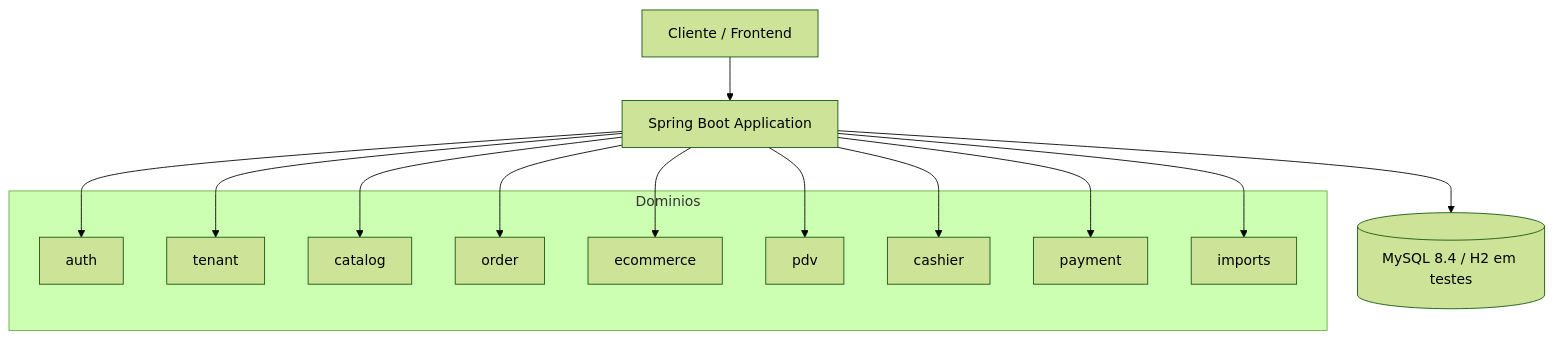
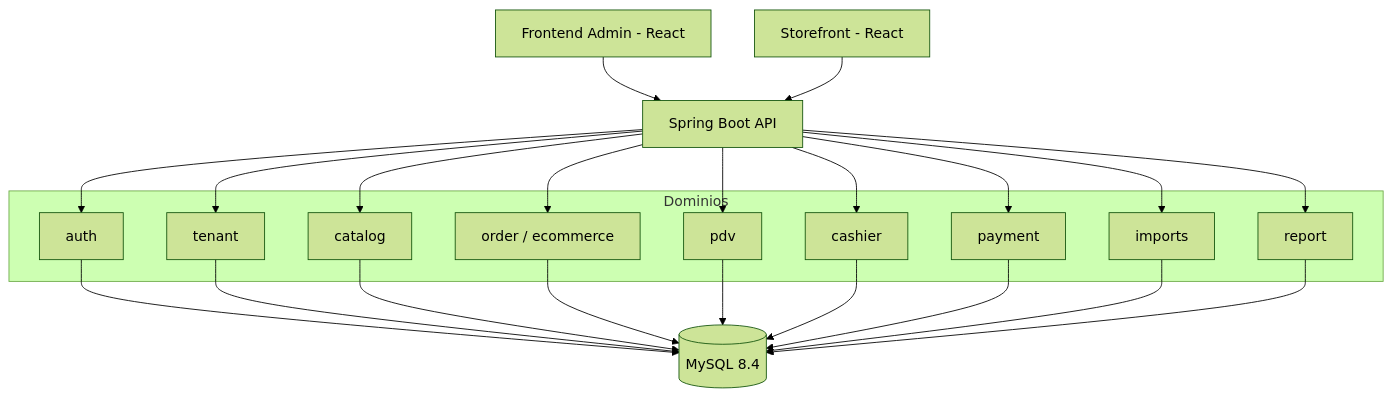
One commit to GabrielSantosv/ProjetoSaaS changed the diagram in README.md. Above: the diagram before and after it, drawn with Mermaid (forest theme). The commit also changed other lines of this file, not shown here.

````diff
--- a/README.md
+++ b/README.md
@@ -23,28 +58,37 @@
 ```mermaid
 graph TD
-    Client[Cliente / Frontend] --> App[Spring Boot Application]
+    Admin[Frontend Admin - React] --> API[Spring Boot API]
+    Store[Storefront - React] --> API
 
     subgraph Dominios
         Auth[auth]
         Tenant[tenant]
         Catalog[catalog]
-        Order[order]
-        Ecommerce[ecommerce]
+        Order[order / ecommerce]
         Pdv[pdv]
         Cashier[cashier]
         Payment[payment]
         Import[imports]
+        Report[report]
     end
 
-    App --> Auth
-    App --> Tenant
-    App --> Catalog
-    App --> Order
-    App --> Ecommerce
-    App --> Pdv
-    App --> Cashier
-    App --> Payment
-    App --> Import
+    API --> Auth
+    API --> Tenant
+    API --> Catalog
+    API --> Order
+    API --> Pdv
+    API --> Cashier
+    API --> Payment
+    API --> Import
+    API --> Report
 
-    App --> DB[(MySQL 8.4 / H2 em testes)]
+    Auth --> DB[(MySQL 8.4)]
+    Tenant --> DB
+    Catalog --> DB
+    Order --> DB
+    Pdv --> DB
+    Cashier --> DB
+    Payment --> DB
+    Import --> DB
+    Report --> DB
 ```
````
